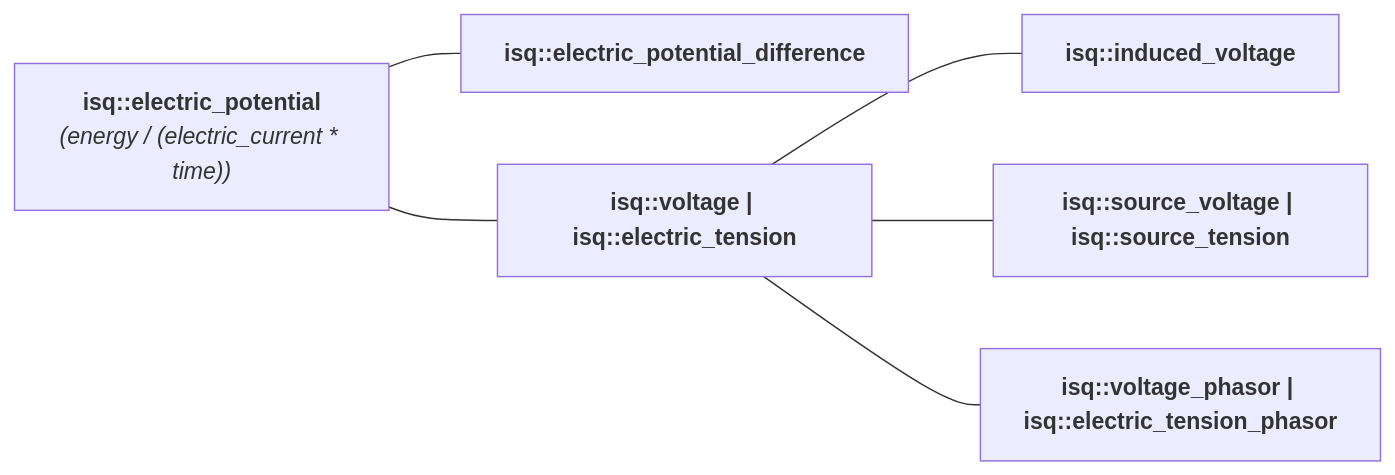
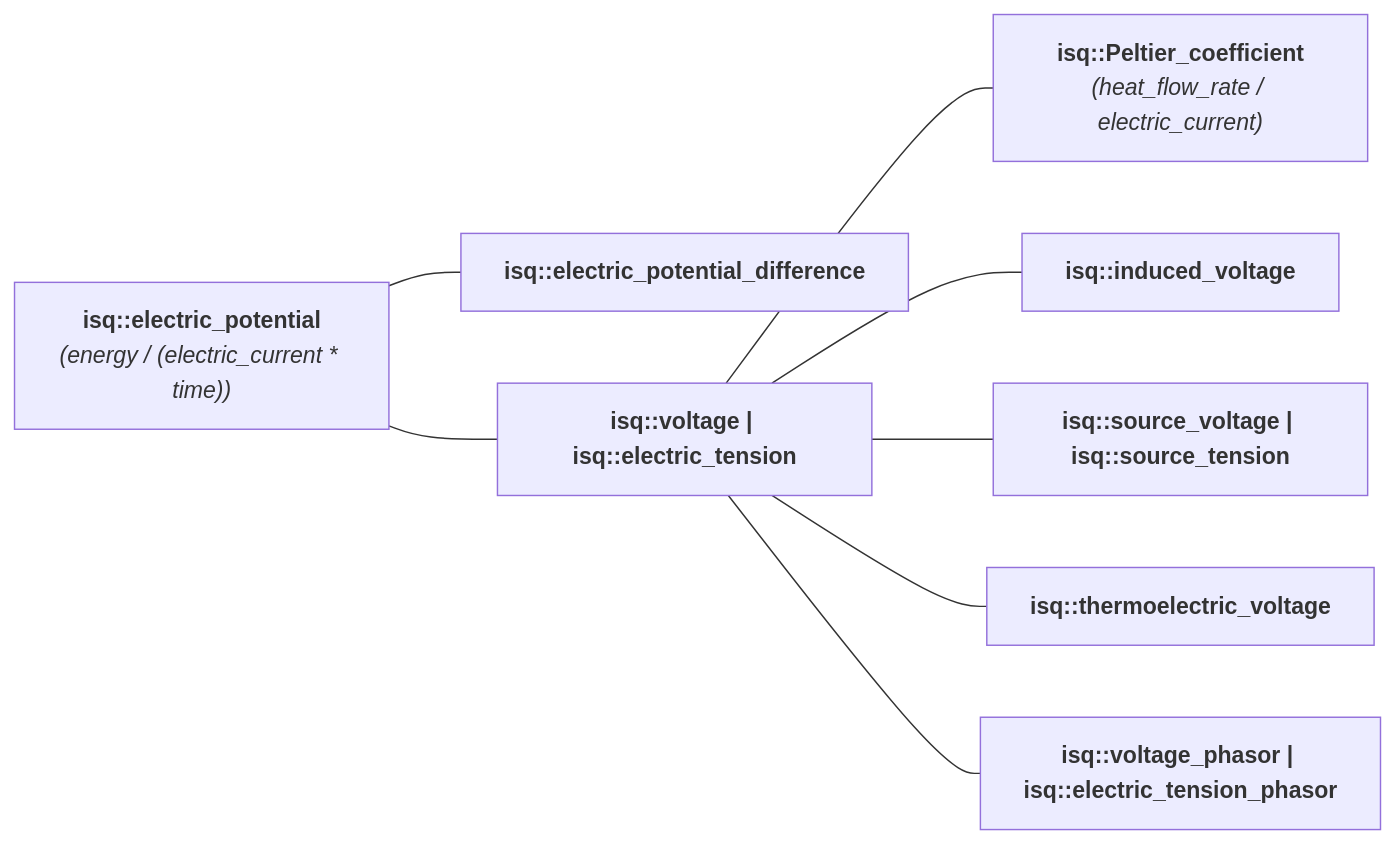
One commit to mpusz/mp-units changed the diagram in docs/reference/systems_reference/hierarchies/electric_potential_isq.md. Above: the diagram before and after it, drawn with Mermaid. The commit also changed 30 other files, not shown here.

````diff
--- a/docs/reference/systems_reference/hierarchies/electric_potential_isq.md
+++ b/docs/reference/systems_reference/hierarchies/electric_potential_isq.md
@@ -8,14 +8,18 @@
 ```mermaid
 flowchart LR
     isq_electric_potential["<b><a href="../../systems/isq/#electric_potential" style="color: var(--md-mermaid-label-fg-color); text-decoration: none;">isq::electric_potential</a></b><br><i>(<a href="../../systems/isq/#energy" style="color: var(--md-mermaid-label-fg-color); text-decoration: none;">energy</a> / (<a href="../../systems/isq/#electric_current" style="color: var(--md-mermaid-label-fg-color); text-decoration: none;">electric_current</a> * <a href="../../systems/isq/#time" style="color: var(--md-mermaid-label-fg-color); text-decoration: none;">time</a>))</i>"]
     isq_electric_potential_difference["<b><a href="../../systems/isq/#electric_potential_difference" style="color: var(--md-mermaid-label-fg-color); text-decoration: none;">isq::electric_potential_difference</a></b>"]
     isq_electric_potential --- isq_electric_potential_difference
     isq_voltage["<b><a href="../../systems/isq/#voltage" style="color: var(--md-mermaid-label-fg-color); text-decoration: none;">isq::voltage</a> | <a href="../../systems/isq/#electric_tension" style="color: var(--md-mermaid-label-fg-color); text-decoration: none;">isq::electric_tension</a></b>"]
     isq_electric_potential --- isq_voltage
+    isq_Peltier_coefficient["<b><a href="../../systems/isq/#Peltier_coefficient" style="color: var(--md-mermaid-label-fg-color); text-decoration: none;">isq::Peltier_coefficient</a></b><br><i>(<a href="../../systems/isq/#heat_flow_rate" style="color: var(--md-mermaid-label-fg-color); text-decoration: none;">heat_flow_rate</a> / <a href="../../systems/isq/#electric_current" style="color: var(--md-mermaid-label-fg-color); text-decoration: none;">electric_current</a>)</i>"]
+    isq_voltage --- isq_Peltier_coefficient
     isq_induced_voltage["<b><a href="../../systems/isq/#induced_voltage" style="color: var(--md-mermaid-label-fg-color); text-decoration: none;">isq::induced_voltage</a></b>"]
     isq_voltage --- isq_induced_voltage
     isq_source_voltage["<b><a href="../../systems/isq/#source_voltage" style="color: var(--md-mermaid-label-fg-color); text-decoration: none;">isq::source_voltage</a> | <a href="../../systems/isq/#source_tension" style="color: var(--md-mermaid-label-fg-color); text-decoration: none;">isq::source_tension</a></b>"]
     isq_voltage --- isq_source_voltage
+    isq_thermoelectric_voltage["<b><a href="../../systems/isq/#thermoelectric_voltage" style="color: var(--md-mermaid-label-fg-color); text-decoration: none;">isq::thermoelectric_voltage</a></b>"]
+    isq_voltage --- isq_thermoelectric_voltage
     isq_voltage_phasor["<b><a href="../../systems/isq/#voltage_phasor" style="color: var(--md-mermaid-label-fg-color); text-decoration: none;">isq::voltage_phasor</a> | <a href="../../systems/isq/#electric_tension_phasor" style="color: var(--md-mermaid-label-fg-color); text-decoration: none;">isq::electric_tension_phasor</a></b>"]
     isq_voltage --- isq_voltage_phasor
 ```
````
